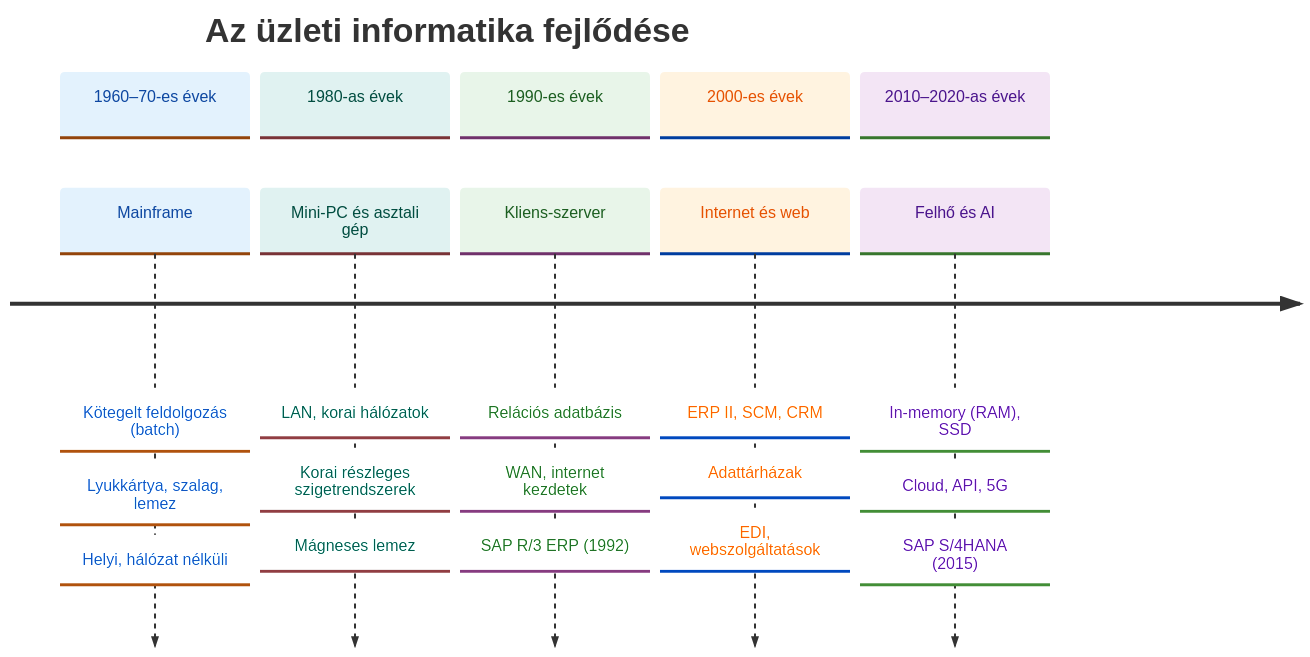
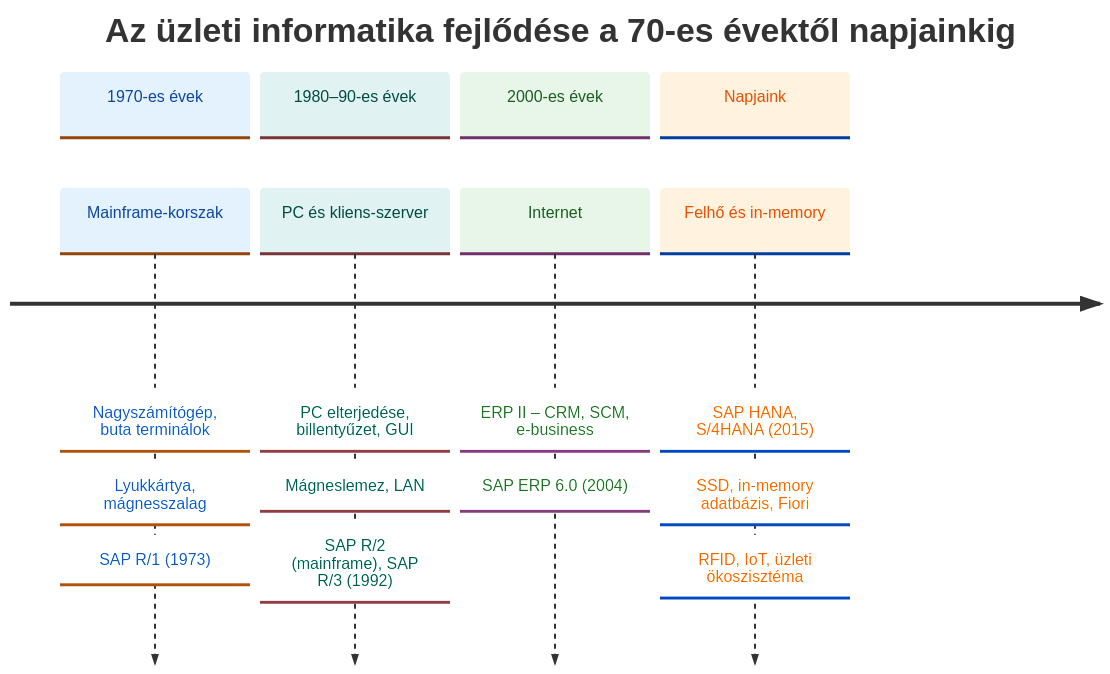
Before and after one commit to denespocsik/MM_BSC_Zarovizsga: the first of 2 diagrams in Tételek/V11-GMXIV2MBLF-Informatikai fejlődés és szigetrendszerek.tétel.md, drawn with Mermaid. The commit also changed other lines of this file and 1 other file, not shown here.

````diff
--- a/Tételek/V11-GMXIV2MBLF-Informatikai fejlődés és szigetrendszerek.tétel.md
+++ b/Tételek/V11-GMXIV2MBLF-Informatikai fejlődés és szigetrendszerek.tétel.md
@@ -11,25 +27,20 @@
 ```mermaid
 %%{init: {'theme':'base','themeVariables':{'cScale0':'#e3f2fd','cScaleLabel0':'#0d47a1','cScale1':'#e0f2f1','cScaleLabel1':'#004d40','cScale2':'#e8f5e9','cScaleLabel2':'#1b5e20','cScale3':'#fff3e0','cScaleLabel3':'#e65100','cScale4':'#f3e5f5','cScaleLabel4':'#4a148c','titleColor':'#263238','lineColor':'#546e7a'}}}%%
 timeline
-    title Az üzleti informatika fejlődése
-    section 1960–70-es évek
-        Mainframe : Kötegelt feldolgozás (batch)
-                  : Lyukkártya, szalag, lemez
-                  : Helyi, hálózat nélküli
-    section 1980-as évek
-        Mini-PC és asztali gép : LAN, korai hálózatok
-                               : Korai részleges szigetrendszerek
-                               : Mágneses lemez
-    section 1990-es évek
-        Kliens-szerver : Relációs adatbázis
-                      : WAN, internet kezdetek
-                      : SAP R/3 ERP (1992)
+    title Az üzleti informatika fejlődése a 70-es évektől napjainkig
+    section 1970-es évek
+        Mainframe-korszak : Nagyszámítógép, buta terminálok
+                          : Lyukkártya, mágnesszalag
+                          : SAP R/1 (1973)
+    section 1980–90-es évek
+        PC és kliens-szerver : PC elterjedése, billentyűzet, GUI
+                             : Mágneslemez, LAN
+                             : SAP R/2 (mainframe), SAP R/3 (1992)
     section 2000-es évek
-        Internet és web : ERP II, SCM, CRM
-                        : Adattárházak
-                        : EDI, webszolgáltatások
-    section 2010–2020-as évek
-        Felhő és AI : In-memory (RAM), SSD
-                    : Cloud, API, 5G
-                    : SAP S/4HANA (2015)
+        Internet : ERP II – CRM, SCM, e-business
+                 : SAP ERP 6.0 (2004)
+    section Napjaink
+        Felhő és in-memory : SAP HANA, S/4HANA (2015)
+                           : SSD, in-memory adatbázis, Fiori
+                           : RFID, IoT, üzleti ökoszisztéma
 ```
````
